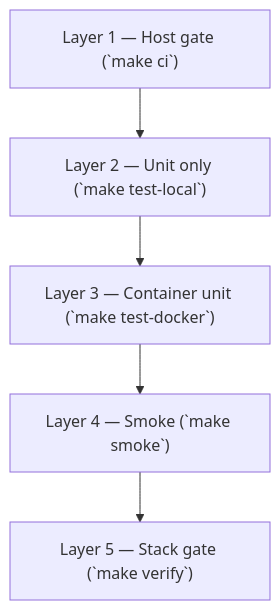
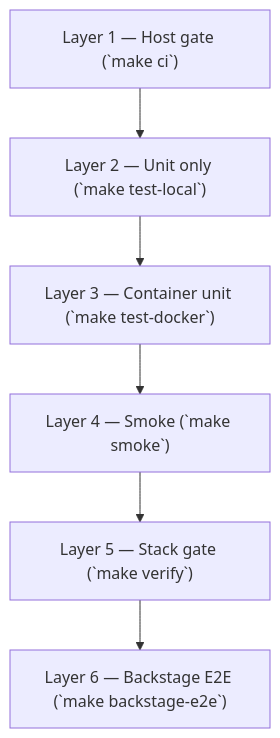
Before and after one commit to opsdevcode/relay: the diagram in docs/local-testing.md, drawn with Mermaid. The commit also changed other lines of this file and 10 other files, not shown here.

````diff
--- a/docs/local-testing.md
+++ b/docs/local-testing.md
@@ -33,13 +41,15 @@
 ```mermaid
 flowchart TB
   L1["Layer 1 — Host gate (`make ci`)"]
   L2["Layer 2 — Unit only (`make test-local`)"]
   L3["Layer 3 — Container unit (`make test-docker`)"]
   L4["Layer 4 — Smoke (`make smoke`)"]
   L5["Layer 5 — Stack gate (`make verify`)"]
+  L6["Layer 6 — Backstage E2E (`make backstage-e2e`)"]
 
   L1 --> L2
   L2 --> L3
   L3 --> L4
   L4 --> L5
+  L5 --> L6
 ```
````
